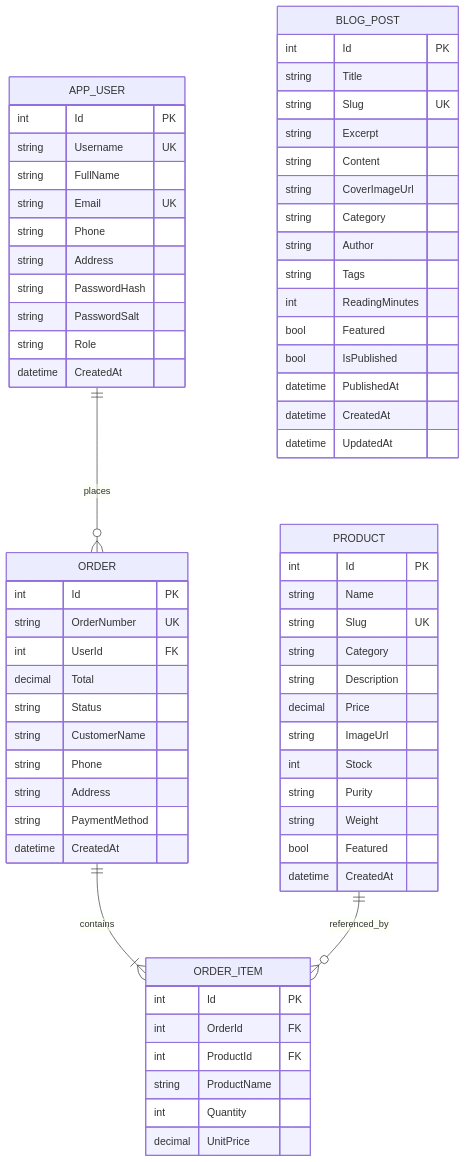
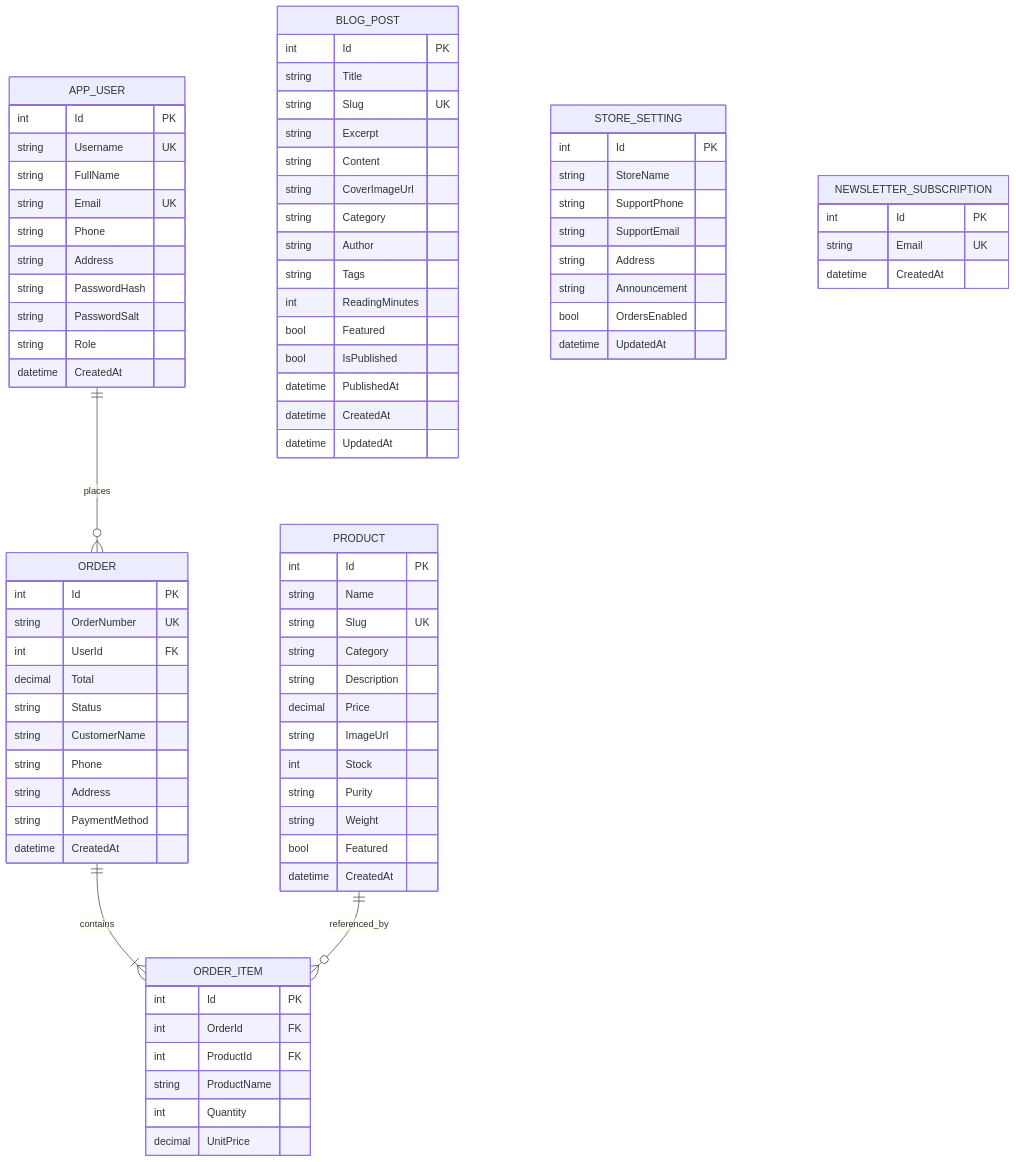
Before and after one commit to mohamadkheiry/mobinsilver: the first of 2 diagrams in docs/data-model.md, drawn with Mermaid. The commit also changed other lines of this file and 43 other files, not shown here.

````diff
--- a/docs/data-model.md
+++ b/docs/data-model.md
@@ -75,4 +75,21 @@
         datetime CreatedAt
         datetime UpdatedAt
     }
+
+    STORE_SETTING {
+        int Id PK
+        string StoreName
+        string SupportPhone
+        string SupportEmail
+        string Address
+        string Announcement
+        bool OrdersEnabled
+        datetime UpdatedAt
+    }
+
+    NEWSLETTER_SUBSCRIPTION {
+        int Id PK
+        string Email UK
+        datetime CreatedAt
+    }
 ```
````
